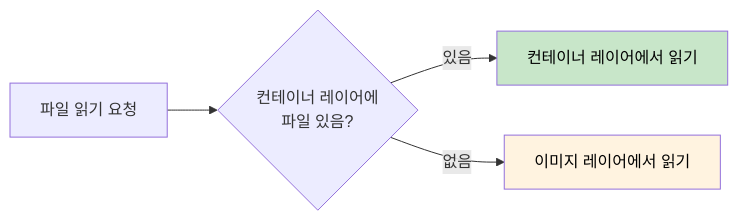
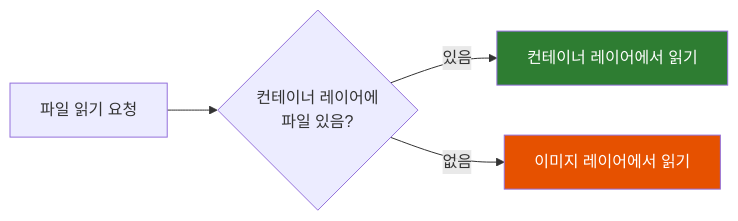
The third of 6 diagrams in docker/Docker의-Copy-on-Write-전략.md (sskim91/TIL), drawn with Mermaid before and after one commit. The commit also changed other lines of this file and 2 other files, not shown here.

````diff
--- a/docker/Docker의-Copy-on-Write-전략.md
+++ b/docker/Docker의-Copy-on-Write-전략.md
@@ -103,9 +97,9 @@
 ```mermaid
 flowchart LR
     A[파일 읽기 요청] --> B{컨테이너 레이어에<br/>파일 있음?}
     B -->|있음| C[컨테이너 레이어에서 읽기]
     B -->|없음| D[이미지 레이어에서 읽기]
 
-    style C fill:#c8e6c9,color:#000
-    style D fill:#fff3e0,color:#000
+    style C fill:#2E7D32,color:#fff
+    style D fill:#E65100,color:#fff
 ```
````
